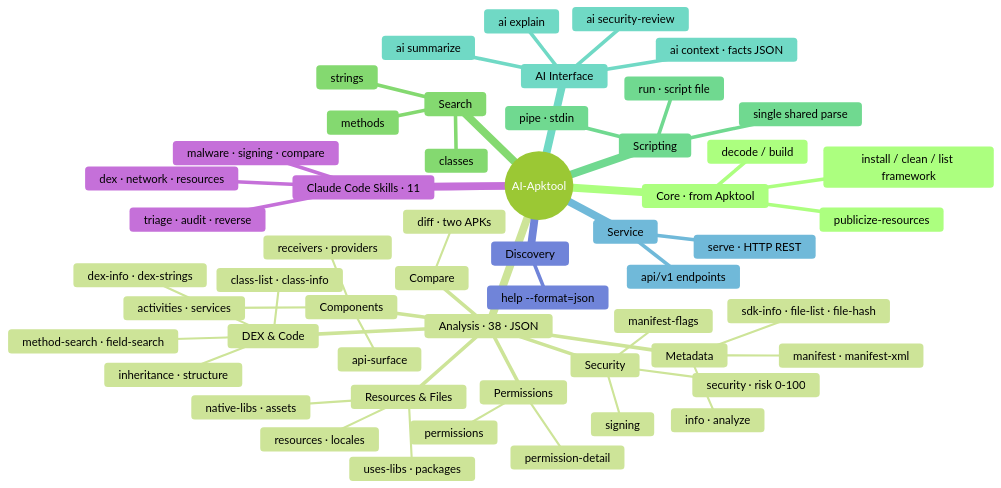
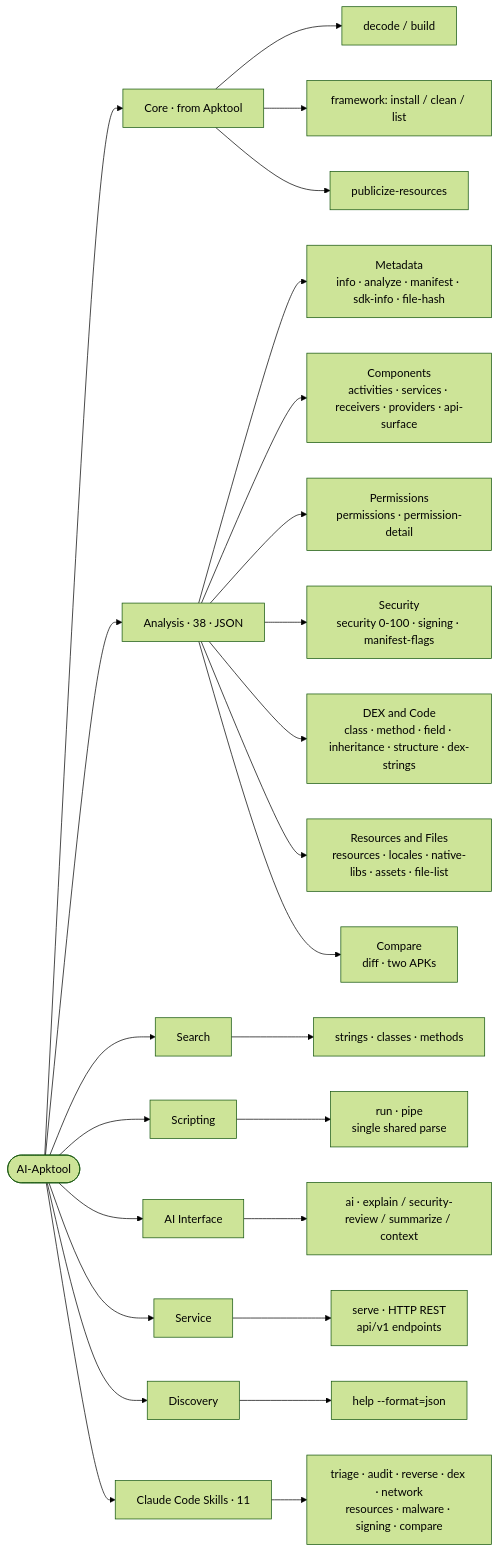
The diagram in README.md (android-security-engineer/Apktool-skills), drawn with Mermaid (forest theme) before and after one commit. The commit also changed 1 other file, not shown here.

Commit message:
docs(readme): switch feature map from mindmap to a left-to-right tree
Replace the Mermaid `mindmap` with a `flowchart LR` tree (EN + zh-CN). The
tree layout renders reliably across all GitHub Mermaid versions, where the
newer `mindmap` graph type is not always supported. All node labels are
quoted to keep `/`, `·`, `-`, and `--format=json` literal.

````diff
--- a/README.md
+++ b/README.md
@@ -69,57 +69,32 @@
 ```mermaid
-mindmap
-  root((AI-Apktool))
-    Core · from Apktool
-      decode / build
-      install / clean / list framework
-      publicize-resources
-    Analysis · 38 · JSON
-      Metadata
-        info · analyze
-        manifest · manifest-xml
-        sdk-info · file-list · file-hash
-      Components
-        activities · services
-        receivers · providers
-        api-surface
-      Permissions
-        permissions
-        permission-detail
-      Security
-        security · risk 0-100
-        signing
-        manifest-flags
-      DEX & Code
-        class-list · class-info
-        method-search · field-search
-        inheritance · structure
-        dex-info · dex-strings
-      Resources & Files
-        resources · locales
-        native-libs · assets
-        uses-libs · packages
-      Compare
-        diff · two APKs
-    Search
-      strings
-      classes
-      methods
-    Scripting
-      run · script file
-      pipe · stdin
-      single shared parse
-    AI Interface
-      ai explain
-      ai security-review
-      ai summarize
-      ai context · facts JSON
-    Service
-      serve · HTTP REST
-      api/v1 endpoints
-    Discovery
-      help --format=json
-    Claude Code Skills · 11
-      triage · audit · reverse
-      dex · network · resources
-      malware · signing · compare
+flowchart LR
+  R(["AI-Apktool"])
+
+  R --> CORE["Core · from Apktool"]
+  R --> ANA["Analysis · 38 · JSON"]
+  R --> SEA["Search"]
+  R --> SCR["Scripting"]
+  R --> AII["AI Interface"]
+  R --> SRV["Service"]
+  R --> DIS["Discovery"]
+  R --> SKL["Claude Code Skills · 11"]
+
+  CORE --> CORE1["decode / build"]
+  CORE --> CORE2["framework: install / clean / list"]
+  CORE --> CORE3["publicize-resources"]
+
+  ANA --> ANA1["Metadata<br/>info · analyze · manifest · sdk-info · file-hash"]
+  ANA --> ANA2["Components<br/>activities · services · receivers · providers · api-surface"]
+  ANA --> ANA3["Permissions<br/>permissions · permission-detail"]
+  ANA --> ANA4["Security<br/>security 0-100 · signing · manifest-flags"]
+  ANA --> ANA5["DEX and Code<br/>class · method · field · inheritance · structure · dex-strings"]
+  ANA --> ANA6["Resources and Files<br/>resources · locales · native-libs · assets · file-list"]
+  ANA --> ANA7["Compare<br/>diff · two APKs"]
+
+  SEA --> SEA1["strings · classes · methods"]
+  SCR --> SCR1["run · pipe<br/>single shared parse"]
+  AII --> AII1["ai · explain / security-review / summarize / context"]
+  SRV --> SRV1["serve · HTTP REST<br/>api/v1 endpoints"]
+  DIS --> DIS1["help --format=json"]
+  SKL --> SKL1["triage · audit · reverse · dex · network<br/>resources · malware · signing · compare"]
 ```
````
